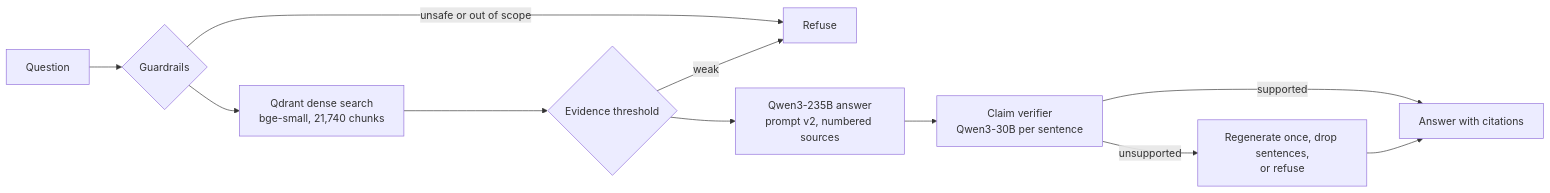
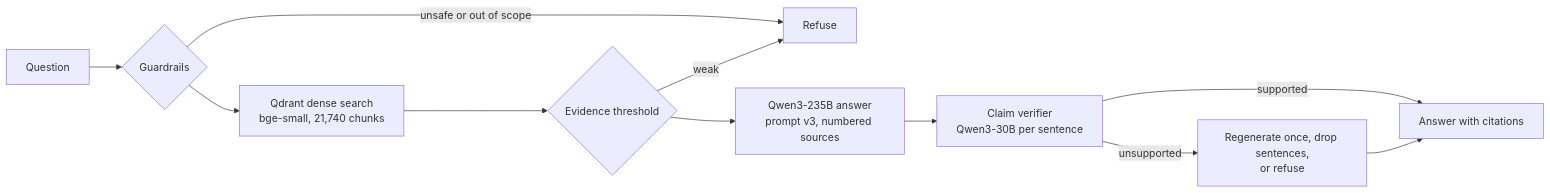
Before and after one commit to HeinHtet-Phyo/citewise: the diagram in README.md, drawn with Mermaid. The commit also changed other lines of this file and 3 other files, not shown here.

````diff
--- a/README.md
+++ b/README.md
@@ -71,13 +103,13 @@
 ```mermaid
 flowchart LR
     Q[Question] --> G{Guardrails}
     G -- unsafe or out of scope --> R[Refuse]
     G --> S[Qdrant dense search<br/>bge-small, 21,740 chunks]
     S --> T{Evidence threshold}
     T -- weak --> R
-    T --> L[Qwen3-235B answer<br/>prompt v2, numbered sources]
+    T --> L[Qwen3-235B answer<br/>prompt v3, numbered sources]
     L --> V[Claim verifier<br/>Qwen3-30B per sentence]
     V -- unsupported --> X[Regenerate once, drop sentences,<br/>or refuse]
     V -- supported --> A[Answer with citations]
     X --> A
 ```
````
